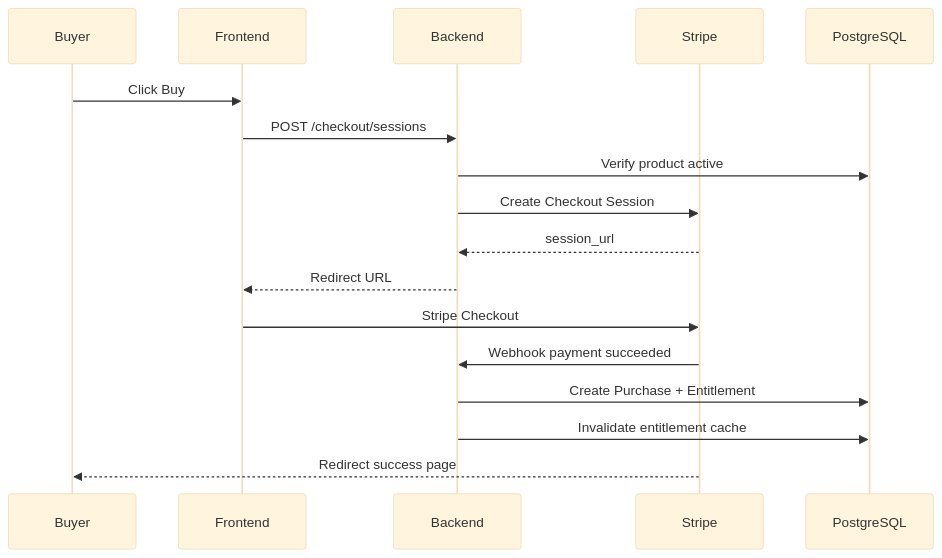
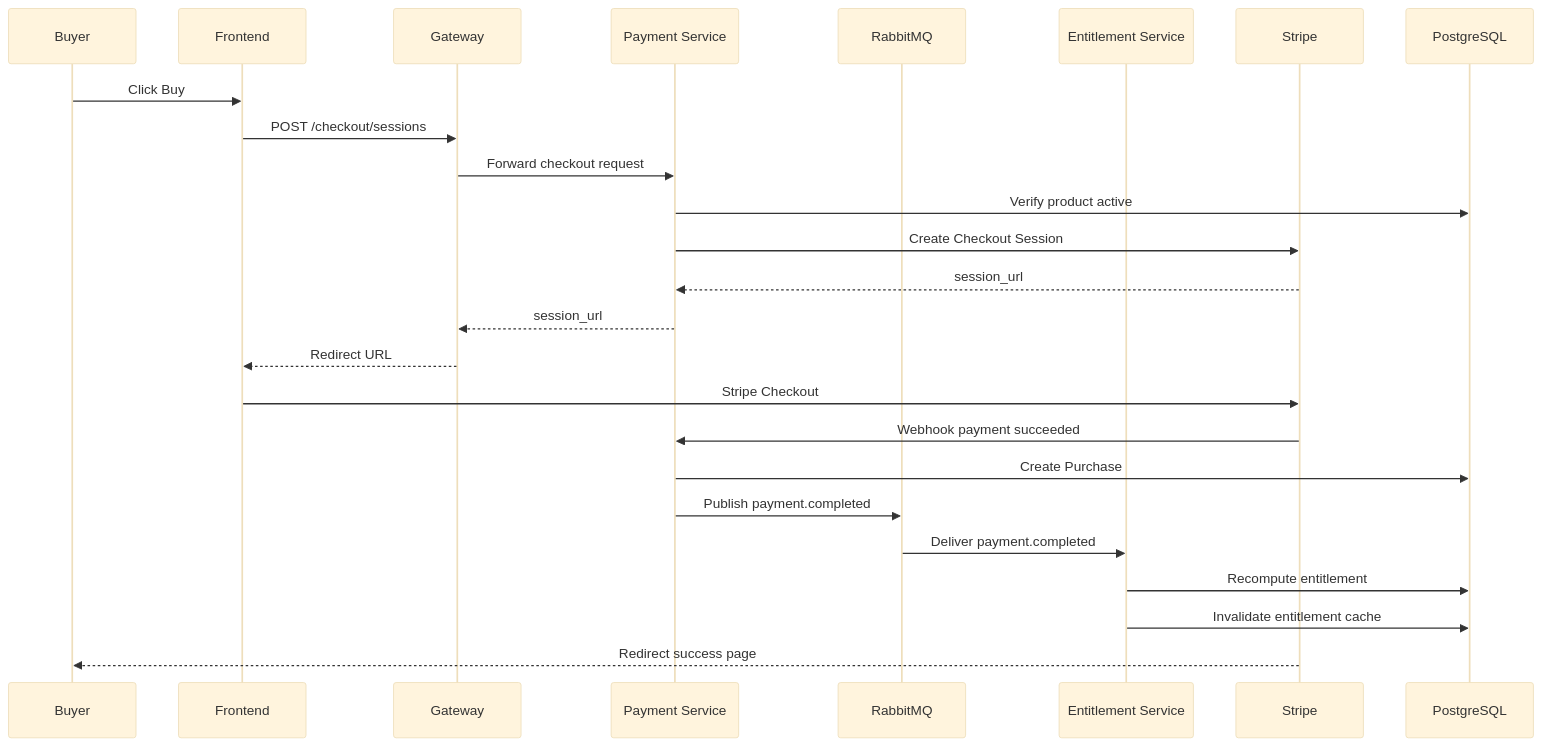
One commit to AshikurRahman-sec/Digimart changed the second of 3 diagrams in docs/ARCHITECTURE.md. Above: the diagram before and after it, drawn with Mermaid (base theme). The commit also changed other lines of this file and 136 other files, not shown here.

````diff
--- a/docs/ARCHITECTURE.md
+++ b/docs/ARCHITECTURE.md
@@ -196,20 +264,28 @@
 ```mermaid
 sequenceDiagram
     participant B as Buyer
     participant FE as Frontend
-    participant API as Backend
+    participant API as Gateway
+    participant P as Payment Service
+    participant MQ as RabbitMQ
+    participant E as Entitlement Service
     participant S as Stripe
     participant DB as PostgreSQL
 
     B->>FE: Click Buy
     FE->>API: POST /checkout/sessions
-    API->>DB: Verify product active
-    API->>S: Create Checkout Session
-    S-->>API: session_url
+    API->>P: Forward checkout request
+    P->>DB: Verify product active
+    P->>S: Create Checkout Session
+    S-->>P: session_url
+    P-->>API: session_url
     API-->>FE: Redirect URL
     FE->>S: Stripe Checkout
-    S->>API: Webhook payment succeeded
-    API->>DB: Create Purchase + Entitlement
-    API->>DB: Invalidate entitlement cache
+    S->>P: Webhook payment succeeded
+    P->>DB: Create Purchase
+    P->>MQ: Publish payment.completed
+    MQ->>E: Deliver payment.completed
+    E->>DB: Recompute entitlement
+    E->>DB: Invalidate entitlement cache
     S-->>B: Redirect success page
 ```
````
